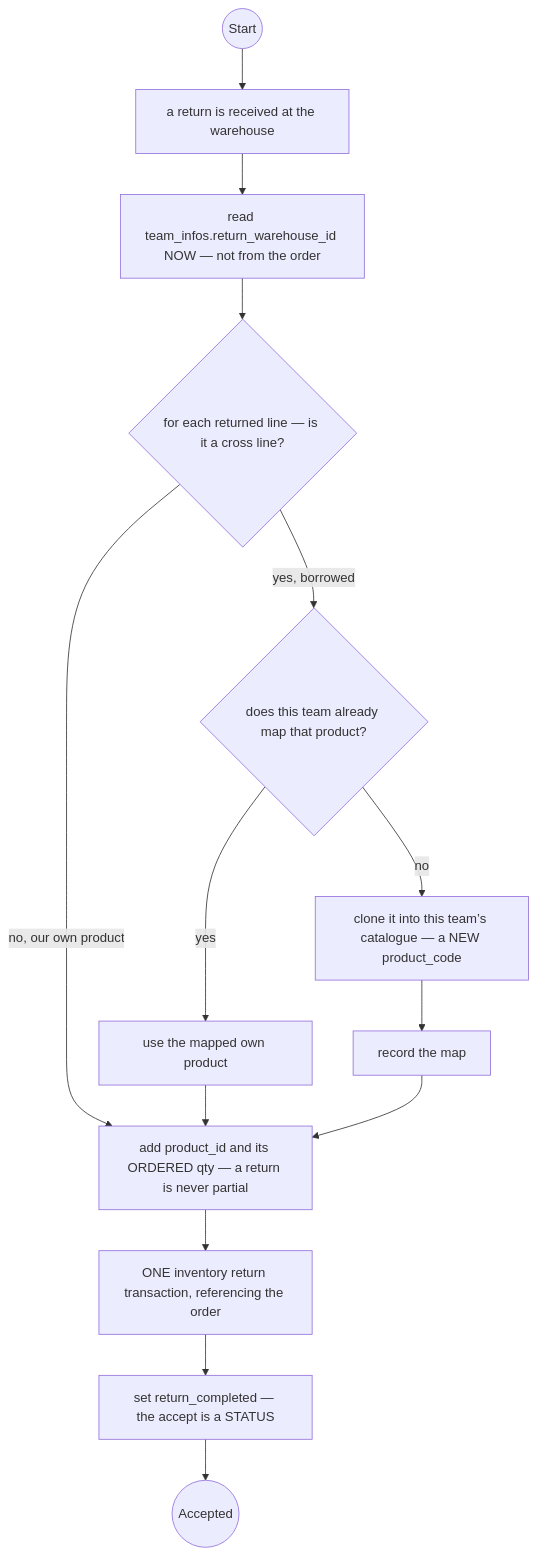
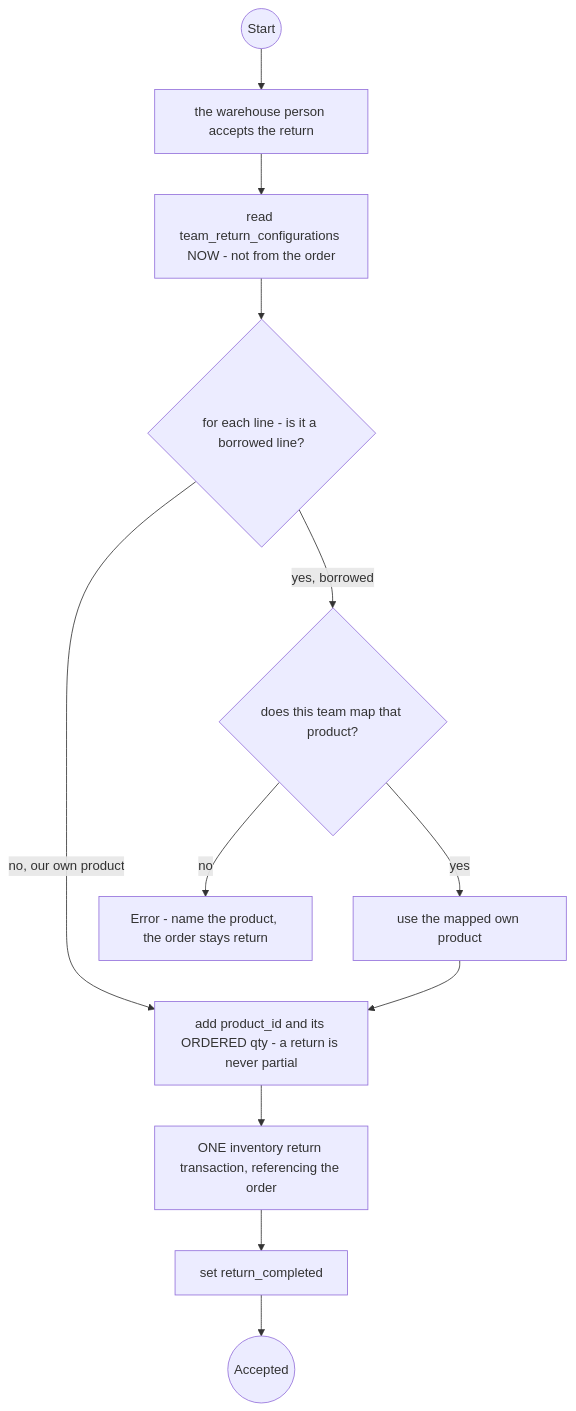
The second of 5 diagrams in docs/business/order/order_return_clarify.md (pdcgo/warehouse_revamp), drawn with Mermaid before and after one commit. The commit also changed other lines of this file and 8 other files, not shown here.

First line of the commit message:
docs(order): order return closed — the return warehouse table, the map at create, no clone

````diff
--- a/docs/business/order/order_return_clarify.md
+++ b/docs/business/order/order_return_clarify.md
@@ -115,16 +167,14 @@
 ```mermaid
 flowchart TD
-  S(("Start")) --> R["a return is received at the warehouse"]
-  R --> W["read team_infos.return_warehouse_id NOW — not from the order"]
-  W --> IT{"for each returned line — is it a cross line?"}
-  IT -->|"no, our own product"| ADD["add product_id and its ORDERED qty — a return is never partial"]
-  IT -->|"yes, borrowed"| M{"does this team already map that product?"}
+  S(("Start")) --> R["the warehouse person accepts the return"]
+  R --> W["read team_return_configurations NOW - not from the order"]
+  W --> IT{"for each line - is it a borrowed line?"}
+  IT -->|"no, our own product"| ADD["add product_id and its ORDERED qty - a return is never partial"]
+  IT -->|"yes, borrowed"| M{"does this team map that product?"}
   M -->|"yes"| USE["use the mapped own product"]
   USE --> ADD
-  M -->|"no"| C["clone it into this team’s catalogue — a NEW product_code"]
-  C --> REG["record the map"]
-  REG --> ADD
+  M -->|"no"| ERR["Error - name the product, the order stays return"]
   ADD --> P["ONE inventory return transaction, referencing the order"]
-  P --> ST["set return_completed — the accept is a STATUS"]
+  P --> ST["set return_completed"]
   ST --> E2(("Accepted"))
 ```
````
